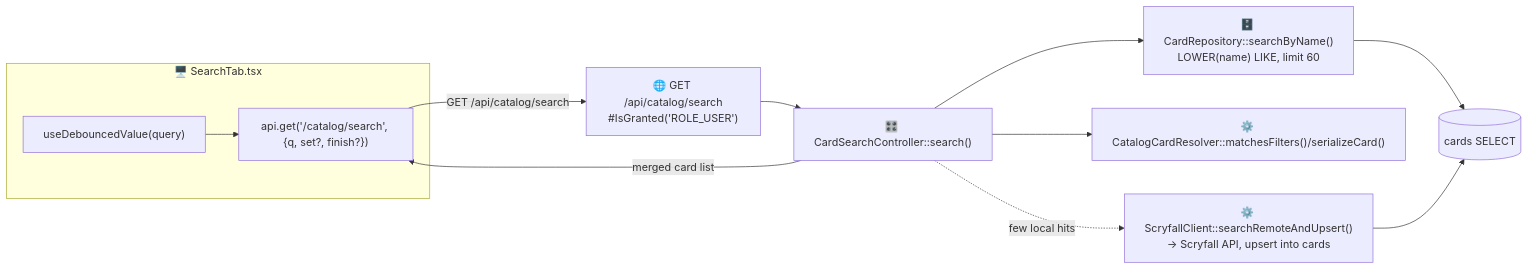
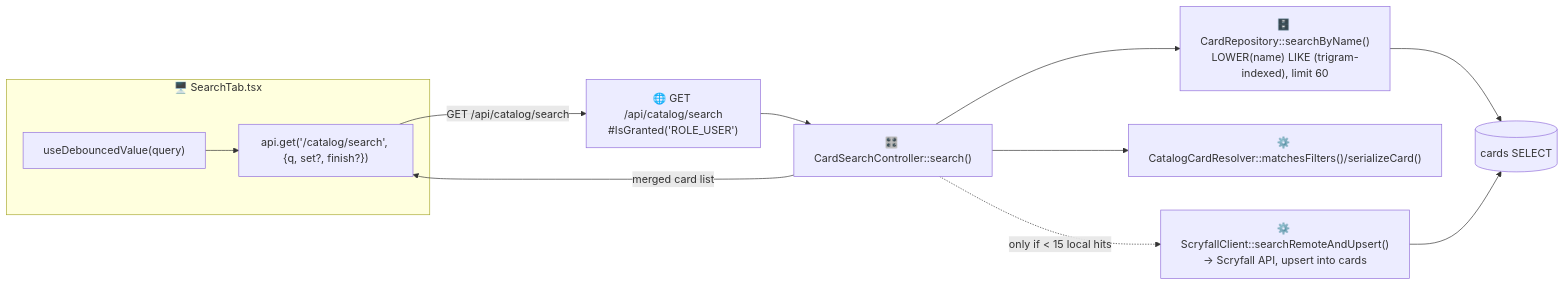
The first of 6 diagrams in architecture/catalog-and-inventory.md (tedy97123/store), drawn with Mermaid before and after one commit. The commit also changed other lines of this file and 19 other files, not shown here.

````diff
--- a/architecture/catalog-and-inventory.md
+++ b/architecture/catalog-and-inventory.md
@@ -23,15 +23,15 @@
 ```mermaid
 flowchart LR
     subgraph FE["🖥️ SearchTab.tsx"]
         deb["useDebouncedValue(query)"]
         q["api.get('/catalog/search', {q, set?, finish?})"]
     end
     deb --> q -->|"GET /api/catalog/search"| rt["🌐 GET /api/catalog/search<br/>#IsGranted('ROLE_USER')"]
     rt --> c["🎛️ CardSearchController::search()"]
-    c --> local["🗄️ CardRepository::searchByName()<br/>LOWER(name) LIKE, limit 60"]
+    c --> local["🗄️ CardRepository::searchByName()<br/>LOWER(name) LIKE (trigram-indexed), limit 60"]
     local --> db[("cards SELECT")]
     c --> resolver["⚙️ CatalogCardResolver::matchesFilters()/serializeCard()"]
-    c -.->|"few local hits"| scry["⚙️ ScryfallClient::searchRemoteAndUpsert()<br/>→ Scryfall API, upsert into cards"]
+    c -.->|"only if < 15 local hits"| scry["⚙️ ScryfallClient::searchRemoteAndUpsert()<br/>→ Scryfall API, upsert into cards"]
     scry --> db
     c -->|"merged card list"| q
 ```
````
